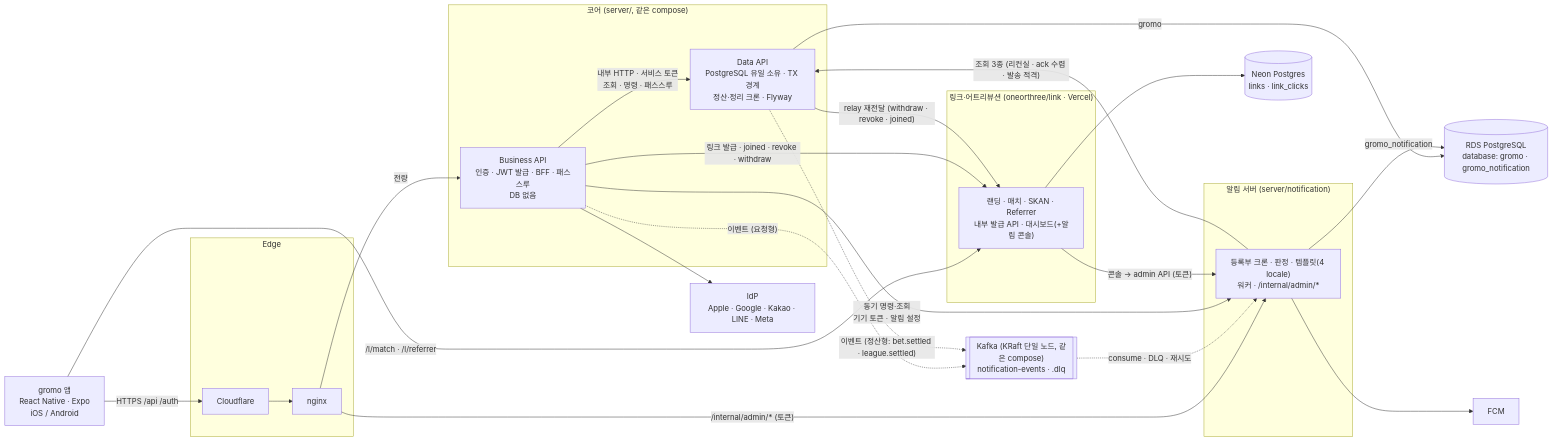
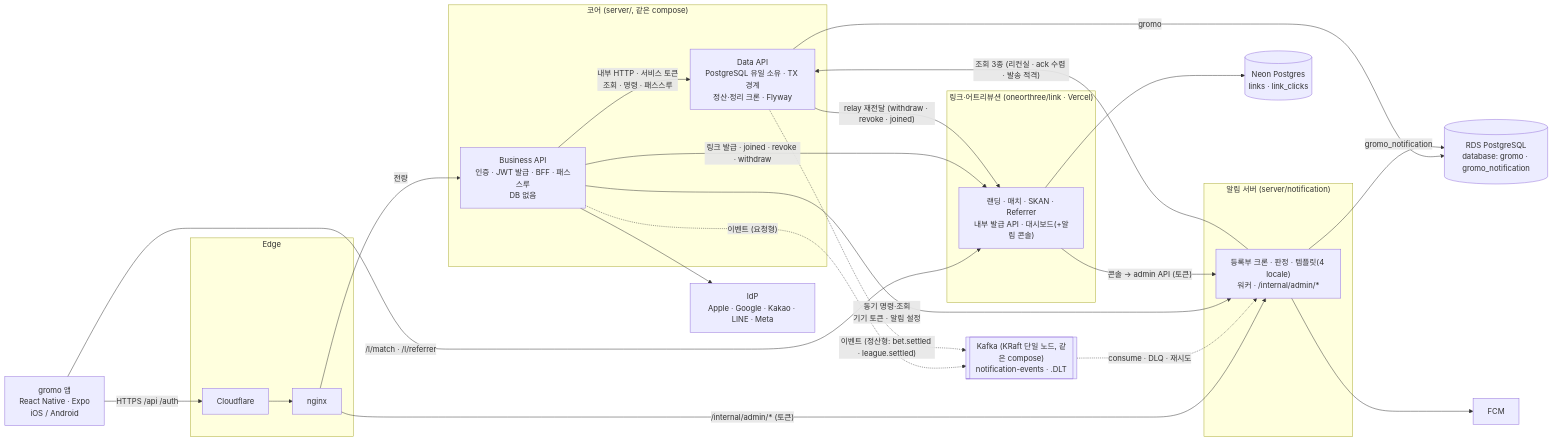
One commit to OneOrThree/phone changed the first of 2 diagrams in docs/architecture/service-architecture.md. Above: the diagram before and after it, drawn with Mermaid. The commit also changed other lines of this file and 2 other files, not shown here.

First line of the commit message:
[CHORE] GROMO-1727 codex 19라운드 반영 — 명령 멱등 키 · AT claim 세대 · 사건 식별자 · caller 별 토큰 · DLQ 이름 확정

````diff
--- a/docs/architecture/service-architecture.md
+++ b/docs/architecture/service-architecture.md
@@ -12,41 +12,41 @@
 ```mermaid
 flowchart LR
   APP["gromo 앱<br/>React Native · Expo<br/>iOS / Android"]
   subgraph Edge["Edge"]
     CF["Cloudflare"] --> NX["nginx"]
   end
   subgraph Core["코어 (server/, 같은 compose)"]
     BIZ["Business API<br/>인증 · JWT 발급 · BFF · 패스스루<br/>DB 없음"]
     DATA["Data API<br/>PostgreSQL 유일 소유 · TX 경계<br/>정산·정리 크론 · Flyway"]
   end
   subgraph Noti["알림 서버 (server/notification)"]
     NS["등록부 크론 · 판정 · 템플릿(4 locale)<br/>워커 · /internal/admin/*"]
   end
   subgraph Link["링크·어트리뷰션 (oneorthree/link · Vercel)"]
     LK["랜딩 · 매치 · SKAN · Referrer<br/>내부 발급 API · 대시보드(+알림 콘솔)"]
   end
   PG[("RDS PostgreSQL<br/>database: gromo · gromo_notification")]
   NEON[("Neon Postgres<br/>links · link_clicks")]
   FCM["FCM"]
   IDP["IdP<br/>Apple · Google · Kakao · LINE · Meta"]
 
   APP -->|"HTTPS /api /auth"| CF
   NX -->|"전량"| BIZ
   NX -->|"/internal/admin/* (토큰)"| NS
   APP -->|"/l/match · /l/referrer"| LK
   BIZ -->|"내부 HTTP · 서비스 토큰<br/>조회 · 명령 · 패스스루"| DATA
-  KAFKA[["Kafka (KRaft 단일 노드, 같은 compose)<br/>notification-events · .dlq"]]
+  KAFKA[["Kafka (KRaft 단일 노드, 같은 compose)<br/>notification-events · .DLT"]]
   BIZ -.->|"이벤트 (요청형)"| KAFKA
   DATA -.->|"이벤트 (정산형: bet.settled · league.settled)"| KAFKA
   KAFKA -.->|"consume · DLQ · 재시도"| NS
   BIZ -->|"동기 명령·조회<br/>기기 토큰 · 알림 설정"| NS
   NS -->|"조회 3종 (리컨실 · ack 수렴 · 발송 적격)"| DATA
   BIZ -->|"링크 발급 · joined · revoke · withdraw"| LK
   DATA -->|"relay 재전달 (withdraw · revoke · joined)"| LK
   DATA -->|"gromo"| PG
   NS -->|"gromo_notification"| PG
   LK --> NEON
   NS --> FCM
   BIZ --> IDP
   LK -->|"콘솔 → admin API (토큰)"| NS
 ```
````
